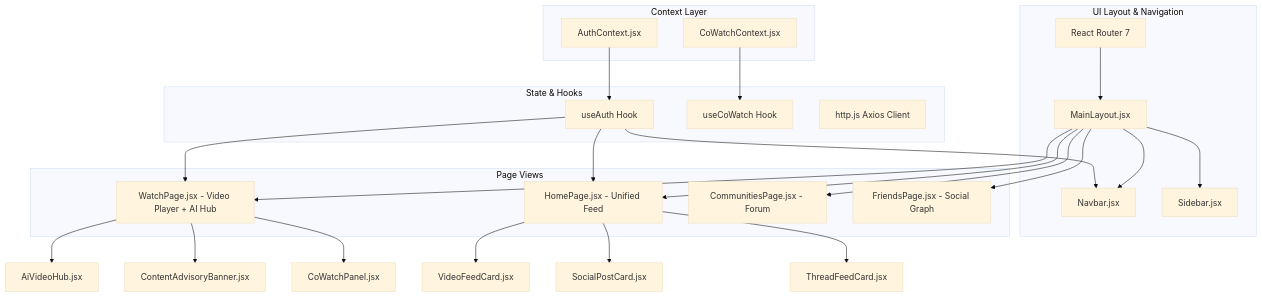
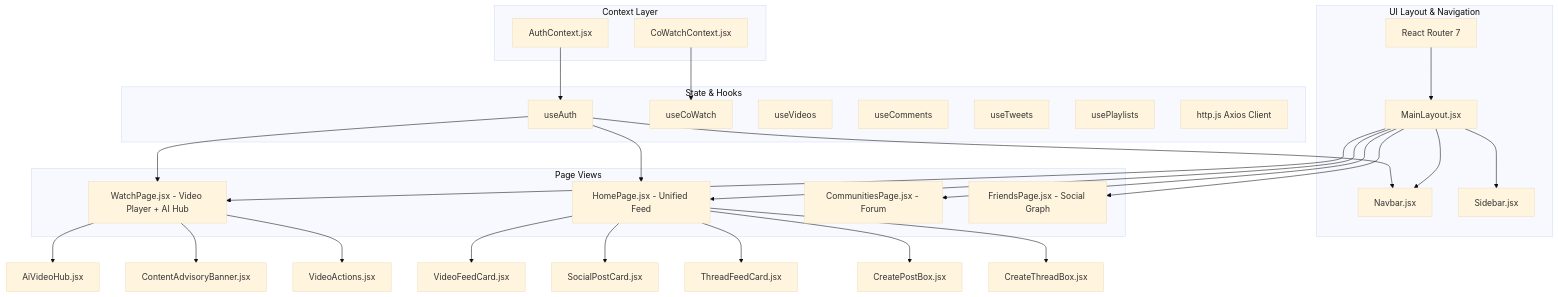
One commit to divykasodariya/orbit_social_media changed the third of 3 diagrams in technical-architecture.md. Above: the diagram before and after it, drawn with Mermaid (base theme). The commit also changed other lines of this file and 8 other files, not shown here.

````diff
--- a/technical-architecture.md
+++ b/technical-architecture.md
@@ -690,48 +768,54 @@
 ```mermaid
 graph TD
     subgraph Context Layer
         AuthCtx[AuthContext.jsx]
         CoWatchCtx[CoWatchContext.jsx]
     end
 
     subgraph State & Hooks
-        useAuth[useAuth Hook]
-        useCoWatch[useCoWatch Hook]
+        useAuth[useAuth]
+        useCoWatch[useCoWatch]
+        useVideos[useVideos]
+        useComments[useComments]
+        useTweets[useTweets]
+        usePlaylists[usePlaylists]
         HttpAxios[http.js Axios Client]
     end
 
     subgraph UI Layout & Navigation
         BrowserRouter[React Router 7]
         MainLayout[MainLayout.jsx]
         Navbar[Navbar.jsx]
         Sidebar[Sidebar.jsx]
     end
 
     subgraph Page Views
         HomePage[HomePage.jsx - Unified Feed]
         WatchPage[WatchPage.jsx - Video Player + AI Hub]
         CommunitiesPage[CommunitiesPage.jsx - Forum]
         FriendsPage[FriendsPage.jsx - Social Graph]
     end
 
     AuthCtx --> useAuth
     CoWatchCtx --> useCoWatch
     useAuth --> Navbar
     useAuth --> WatchPage
     useAuth --> HomePage
 
     BrowserRouter --> MainLayout
     MainLayout --> Navbar
     MainLayout --> Sidebar
     MainLayout --> HomePage
     MainLayout --> WatchPage
     MainLayout --> CommunitiesPage
     MainLayout --> FriendsPage
 
     WatchPage --> AiVideoHub[AiVideoHub.jsx]
     WatchPage --> ContentAdvisory[ContentAdvisoryBanner.jsx]
-    WatchPage --> CoWatchPanel[CoWatchPanel.jsx]
+    WatchPage --> VideoActions[VideoActions.jsx]
     HomePage --> VideoFeedCard[VideoFeedCard.jsx]
     HomePage --> SocialPostCard[SocialPostCard.jsx]
     HomePage --> ThreadFeedCard[ThreadFeedCard.jsx]
+    HomePage --> CreatePostBox[CreatePostBox.jsx]
+    HomePage --> CreateThreadBox[CreateThreadBox.jsx]
 ```
````
